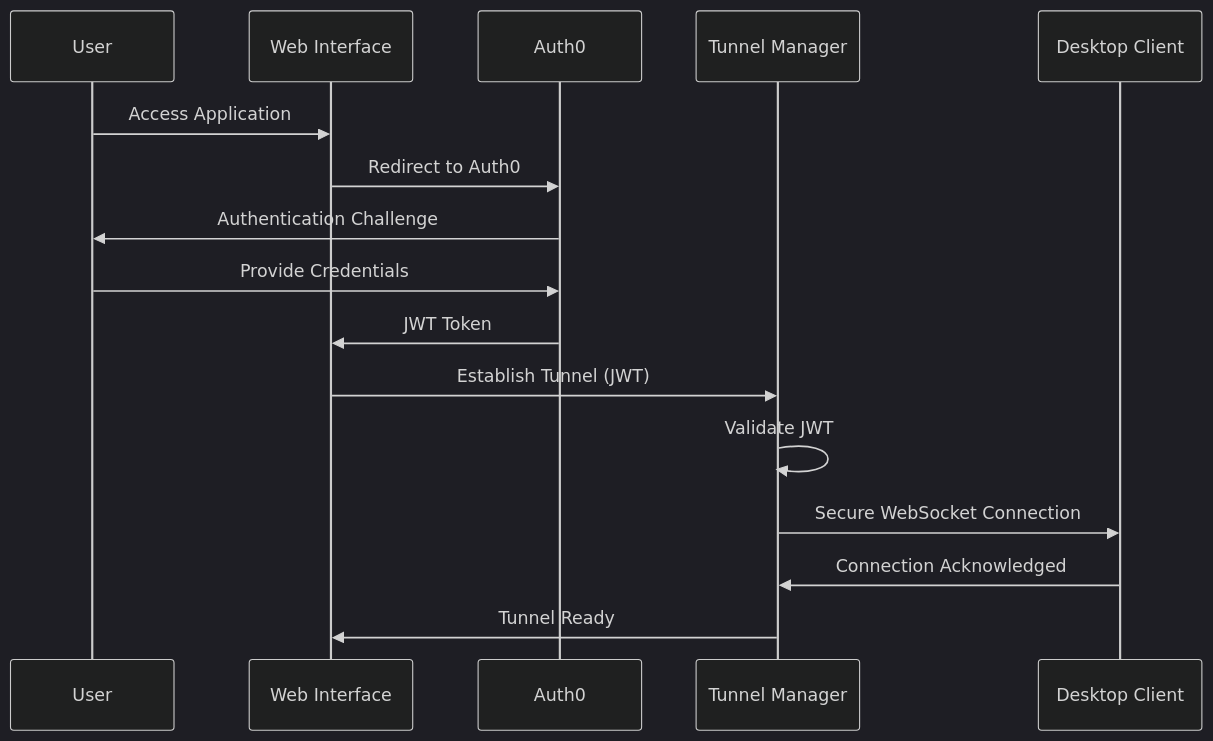
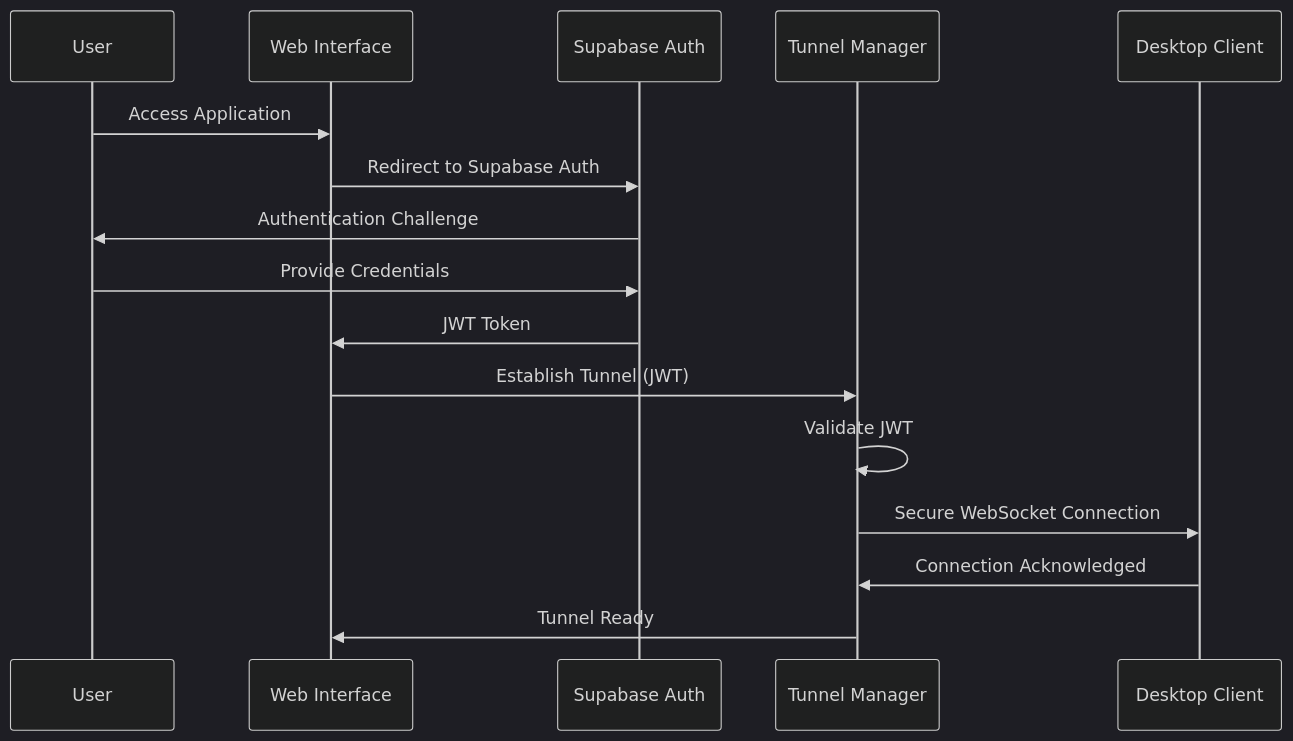
One commit to CloudToLocalLLM-online/CloudToLocalLLM changed the second of 2 diagrams in docs/ARCHITECTURE/SECURE_TUNNEL_WEB_INTERFACE_DESIGN.md. Above: the diagram before and after it, drawn with Mermaid (dark theme). The commit also changed other lines of this file and 143 other files, not shown here.

First line of the commit message:
refactor: remove Auth0 references and replace with Supabase Auth

````diff
--- a/docs/ARCHITECTURE/SECURE_TUNNEL_WEB_INTERFACE_DESIGN.md
+++ b/docs/ARCHITECTURE/SECURE_TUNNEL_WEB_INTERFACE_DESIGN.md
@@ -86,19 +86,19 @@
 ```mermaid
 sequenceDiagram
     participant U as User
     participant W as Web Interface
-    participant A as Auth0
+    participant A as Supabase Auth
     participant T as Tunnel Manager
     participant D as Desktop Client
     
     U->>W: Access Application
-    W->>A: Redirect to Auth0
+    W->>A: Redirect to Supabase Auth
     A->>U: Authentication Challenge
     U->>A: Provide Credentials
     A->>W: JWT Token
     W->>T: Establish Tunnel (JWT)
     T->>T: Validate JWT
     T->>D: Secure WebSocket Connection
     D->>T: Connection Acknowledged
     T->>W: Tunnel Ready
 ```
````
